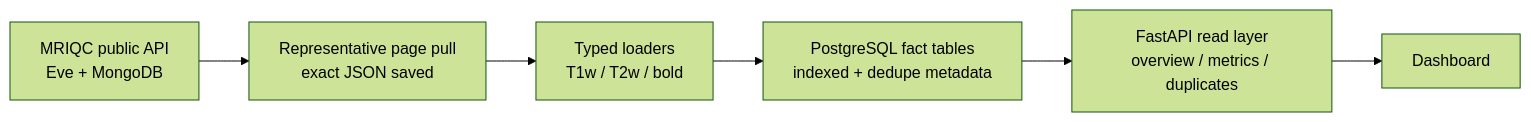
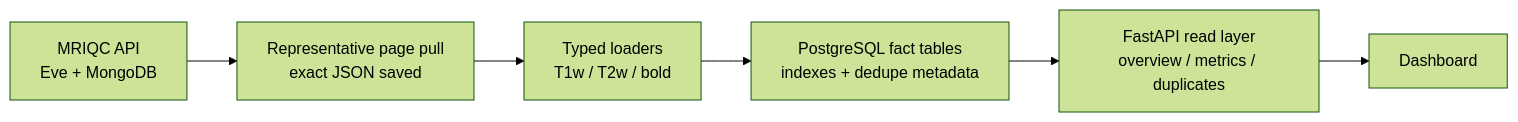
One commit to magumoal/Presentation_BrainHackaton_Georgetown changed the diagram in index.qmd. Above: the diagram before and after it, drawn with Mermaid (forest theme). The commit also changed other lines of this file and 6 other files, not shown here.

````diff
--- a/index.qmd
+++ b/index.qmd
@@ -128,8 +65,8 @@
 ```{mermaid}
 flowchart LR
-  A["MRIQC public API<br/>Eve + MongoDB"] --> B["Representative page pull<br/>exact JSON saved"]
+  A["MRIQC API<br/>Eve + MongoDB"] --> B["Representative page pull<br/>exact JSON saved"]
   B --> C["Typed loaders<br/>T1w / T2w / bold"]
-  C --> D["PostgreSQL fact tables<br/>indexed + dedupe metadata"]
+  C --> D["PostgreSQL fact tables<br/>indexes + dedupe metadata"]
   D --> E["FastAPI read layer<br/>overview / metrics / duplicates"]
   E --> F["Dashboard"]
 ```
````
